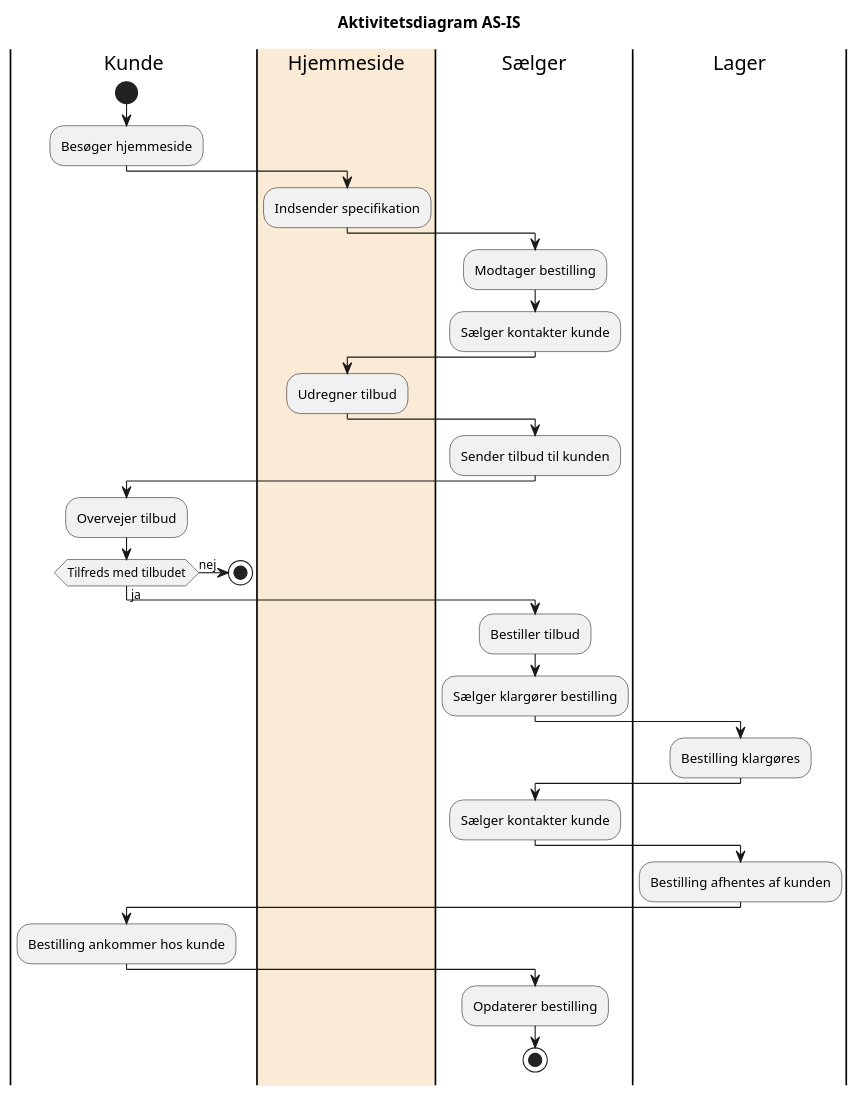
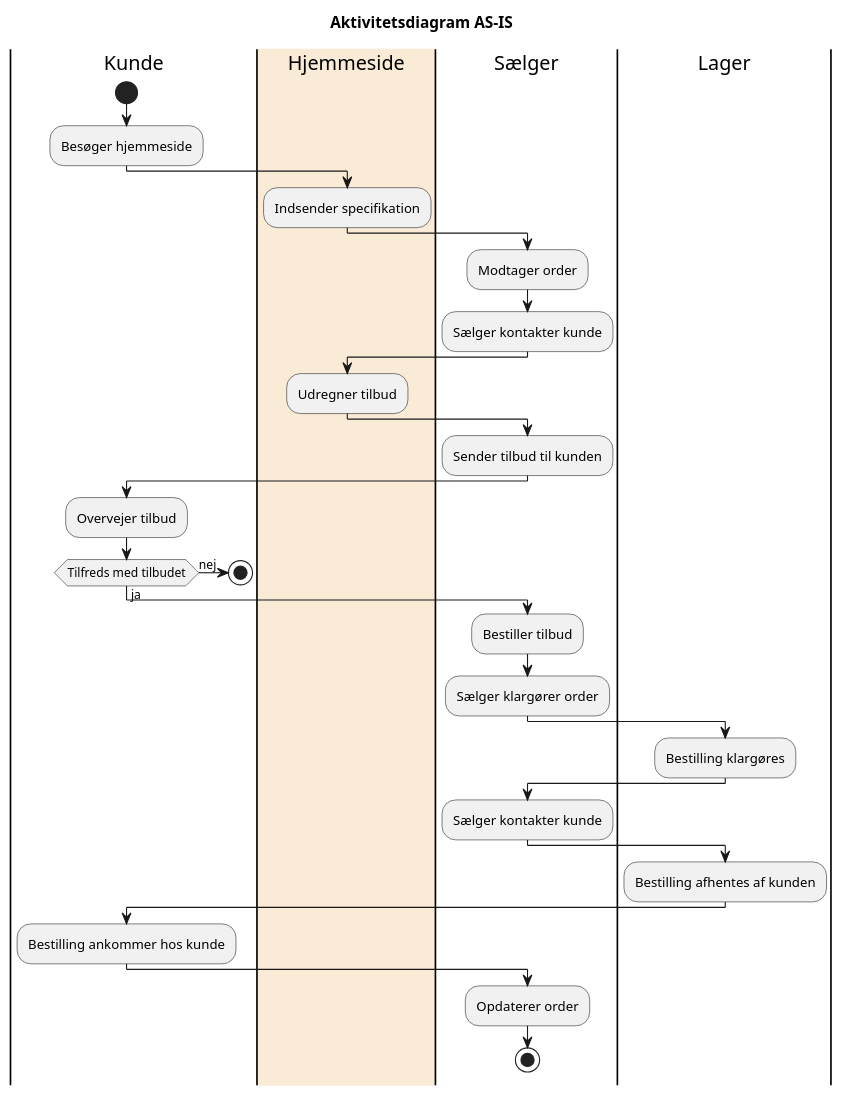
The diagram in Documentation/UML/CupCake_Activity_AS-IS.puml (codergram/Fog), drawn with PlantUML before and after one commit. The commit also changed 37 other files, not shown here.

```diff
--- a/Documentation/UML/CupCake_Activity_AS-IS.puml
+++ b/Documentation/UML/CupCake_Activity_AS-IS.puml
@@ -1,50 +1,50 @@
 @startuml
 Title Aktivitetsdiagram AS-IS
 
 
 |Kunde|
 start
 :Besøger hjemmeside;
 
 |#AntiqueWhite|Hjemmeside|
 :Indsender specifikation;
 
 |Sælger|
-:Modtager bestilling;
+:Modtager order;
 :Sælger kontakter kunde;
 
 |#AntiqueWhite|Hjemmeside|
 :Udregner tilbud;
 
 |Sælger|
 :Sender tilbud til kunden;
 
 |Kunde|
 :Overvejer tilbud;
     if (Tilfreds med tilbudet) equals (nej) then
     stop
 
     else (ja)
     |Sælger|
     :Bestiller tilbud;
-    :Sælger klargører bestilling;
+    :Sælger klargører order;
 
     |Lager|
     :Bestilling klargøres;
 
     |Sælger|
     :Sælger kontakter kunde;
 
     |Lager|
     :Bestilling afhentes af kunden;
 
     |Kunde|
     :Bestilling ankommer hos kunde;
 
     |Sælger|
-    :Opdaterer bestilling;
+    :Opdaterer order;
     stop
 
 
 
 @enduml
```
